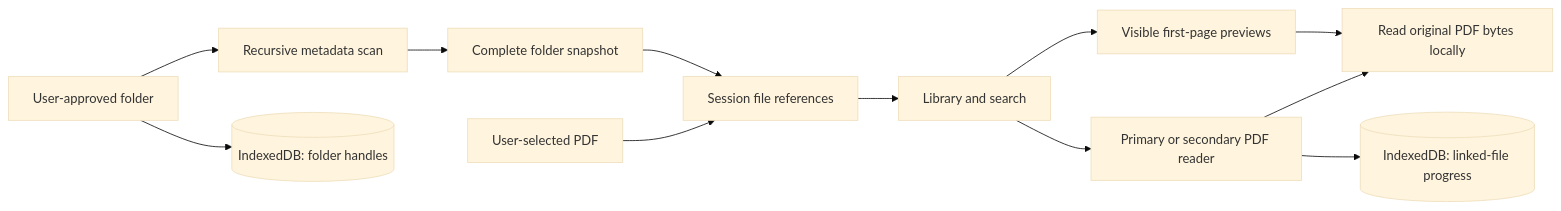
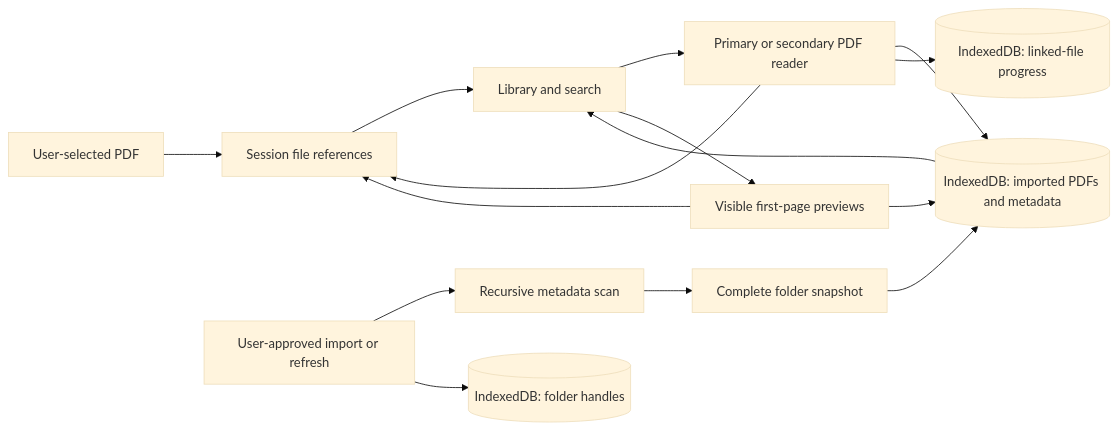
The diagram in docs/architecture.md (YadiraAllauca/sheet-music-reader), drawn with Mermaid (base theme) before and after one commit. The commit also changed other lines of this file and 12 other files, not shown here.

````diff
--- a/docs/architecture.md
+++ b/docs/architecture.md
@@ -44,14 +44,17 @@
 ```mermaid
 flowchart LR
   Selection[User-selected PDF] --> Session[Session file references]
-  Folder[User-approved folder] --> Scan[Recursive metadata scan]
+  Folder[User-approved import or refresh] --> Scan[Recursive metadata scan]
   Scan --> Snapshot[Complete folder snapshot]
-  Snapshot --> Session
+  Snapshot --> Copies[(IndexedDB: imported PDFs and metadata)]
+  Copies --> Library
   Session --> Library[Library and search]
   Library --> Reader[Primary or secondary PDF reader]
   Library --> Preview[Visible first-page previews]
-  Reader --> Original[Read original PDF bytes locally]
-  Preview --> Original
+  Reader --> Copies
+  Preview --> Copies
+  Reader --> Session
+  Preview --> Session
   Folder --> DB[(IndexedDB: folder handles)]
   Reader --> Progress[(IndexedDB: linked-file progress)]
 ```
````
